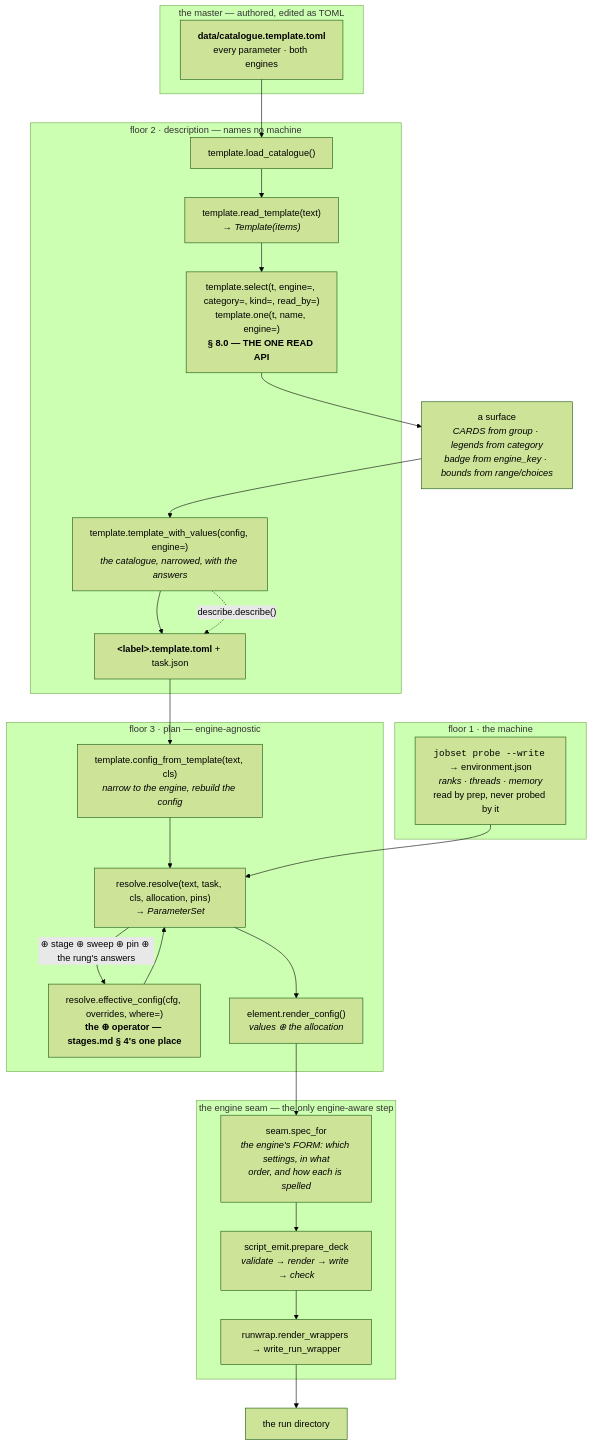
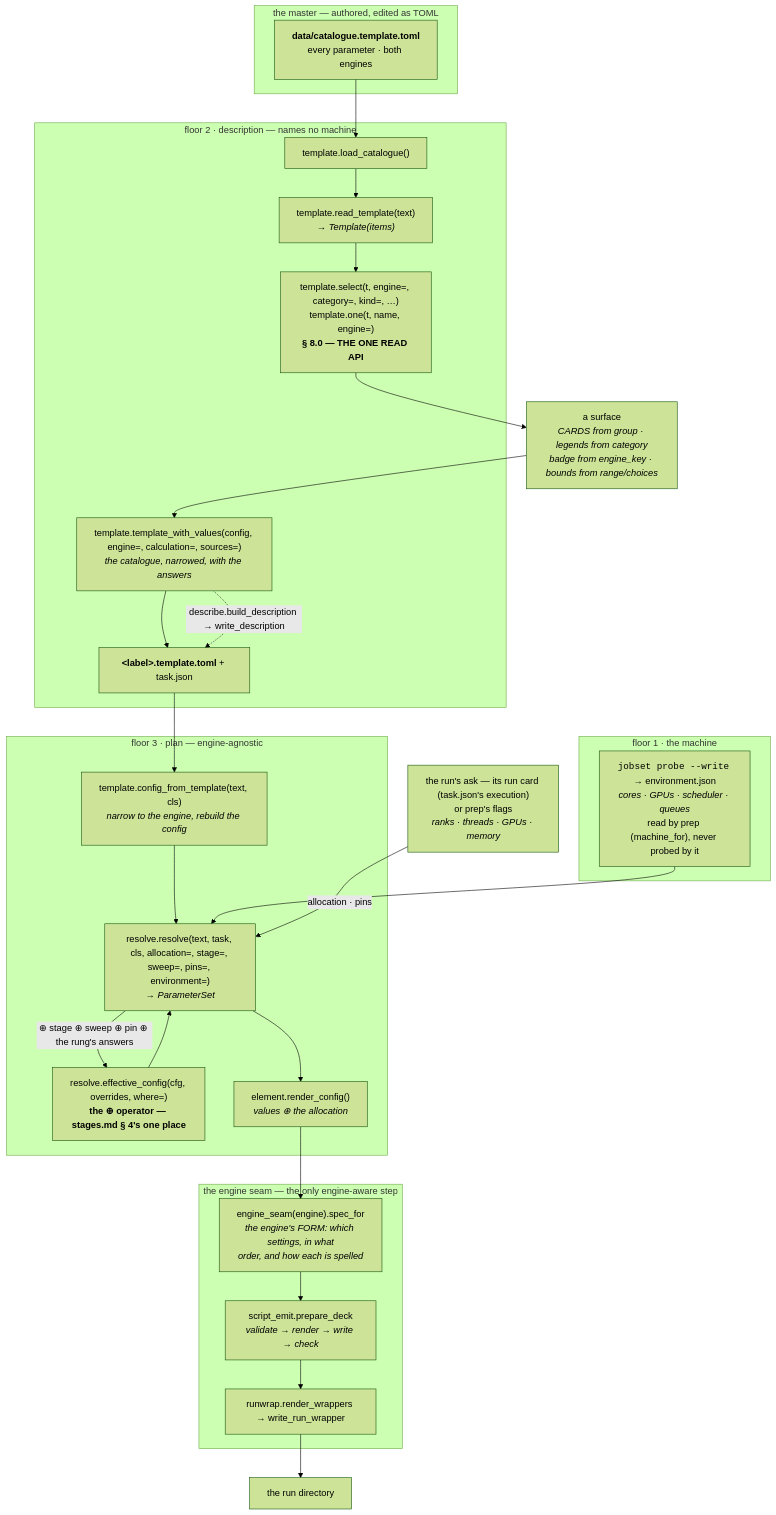
The fifth of 8 diagrams in docs/engines/template.md (Qing-LAB/molbuilder), drawn with Mermaid (forest theme) before and after one commit. The commit also changed other lines of this file and 54 other files, not shown here.

````diff
--- a/docs/engines/template.md
+++ b/docs/engines/template.md
@@ -2373,41 +2361,44 @@
 ```mermaid
 flowchart TD
     subgraph F0["the master — authored, edited as TOML"]
       CAT["<b>data/catalogue.template.toml</b><br/>every parameter · both engines"]
     end
 
     subgraph F2["floor 2 · description — names no machine"]
       LOAD["template.load_catalogue()"]
       READ["template.read_template(text)<br/><i>→ Template(items)</i>"]
-      SEL["template.select(t, engine=, category=, kind=, read_by=)<br/>template.one(t, name, engine=)<br/><b>§ 8.0 — THE ONE READ API</b>"]
-      TWV["template.template_with_values(config, engine=)<br/><i>the catalogue, narrowed, with the answers</i>"]
+      SEL["template.select(t, engine=, category=, kind=, …)<br/>template.one(t, name, engine=)<br/><b>§ 8.0 — THE ONE READ API</b>"]
+      TWV["template.template_with_values(config, engine=, calculation=, sources=)<br/><i>the catalogue, narrowed, with the answers</i>"]
       TPL["<b>&lt;label&gt;.template.toml</b> + task.json"]
     end
 
     subgraph F1["floor 1 · the machine"]
-      ENV["<code>jobset probe --write</code> → environment.json<br/><i>ranks · threads · memory</i><br/>read by prep, never probed by it"]
+      ENV["<code>jobset probe --write</code> → environment.json<br/><i>cores · GPUs · scheduler · queues</i><br/>read by prep (machine_for), never probed by it"]
     end
+
+    ASK["the run's ask — its run card (task.json's execution)<br/>or prep's flags<br/><i>ranks · threads · GPUs · memory</i>"]
 
     subgraph F3["floor 3 · plan — engine-agnostic"]
       CFT["template.config_from_template(text, cls)<br/><i>narrow to the engine, rebuild the config</i>"]
       EFF["resolve.effective_config(cfg, overrides, where=)<br/><b>the ⊕ operator — stages.md § 4's one place</b>"]
-      RES["resolve.resolve(text, task, cls, allocation, pins)<br/><i>→ ParameterSet</i>"]
+      RES["resolve.resolve(text, task, cls, allocation=, stage=, sweep=, pins=, environment=)<br/><i>→ ParameterSet</i>"]
       RC["element.render_config()<br/><i>values ⊕ the allocation</i>"]
     end
 
     subgraph FE["the engine seam — the only engine-aware step"]
-      SPEC["seam.spec_for<br/><i>the engine's FORM: which settings, in what<br/>order, and how each is spelled</i>"]
+      SPEC["engine_seam(engine).spec_for<br/><i>the engine's FORM: which settings, in what<br/>order, and how each is spelled</i>"]
       DECK["script_emit.prepare_deck<br/><i>validate → render → write → check</i>"]
       WRAP["runwrap.render_wrappers → write_run_wrapper"]
     end
 
     CAT --> LOAD --> READ --> SEL
     SEL --> UI["a surface<br/><i>CARDS from group · legends from category<br/>badge from engine_key · bounds from range/choices</i>"]
     UI --> TWV --> TPL
-    TWV -.->|"describe.describe()"| TPL
+    TWV -.->|"describe.build_description → write_description"| TPL
     TPL --> CFT --> RES
     ENV --> RES
+    ASK -->|"allocation · pins"| RES
     RES -->|"⊕ stage ⊕ sweep ⊕ pin ⊕ the rung's answers"| EFF
     EFF --> RES
     RES --> RC --> SPEC --> DECK --> WRAP --> RUN["the run directory"]
 ```
````
